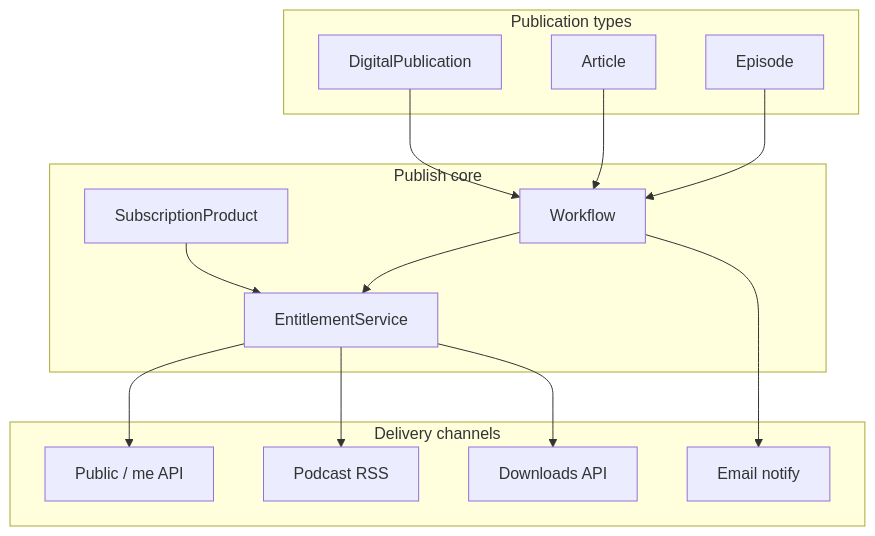
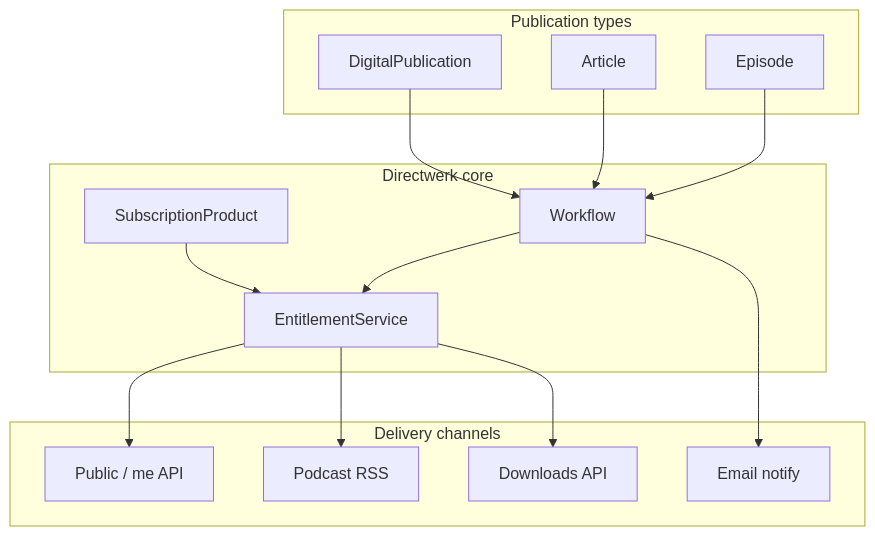
The fifth of 5 diagrams in docs/content-platform-strategy.md (LucaNerlich/directwerk), drawn with Mermaid before and after one commit. The commit also changed other lines of this file and 495 other files, not shown here.

Commit message:
rename publish to directwerk

````diff
--- a/docs/content-platform-strategy.md
+++ b/docs/content-platform-strategy.md
@@ -415,31 +415,31 @@
 ```mermaid
 flowchart TB
     subgraph content [Publication types]
         EP[Episode]
         AR[Article]
         DP[DigitalPublication]
     end
 
-    subgraph core [Publish core]
+    subgraph core [Directwerk core]
         WF[Workflow]
         ENT[EntitlementService]
         PROD[SubscriptionProduct]
     end
 
     subgraph delivery [Delivery channels]
         WEB[Public / me API]
         RSS[Podcast RSS]
         DL[Downloads API]
         EM[Email notify]
     end
 
     EP --> WF
     AR --> WF
     DP --> WF
     WF --> ENT
     PROD --> ENT
     ENT --> WEB
     ENT --> RSS
     ENT --> DL
     WF --> EM
 ```
````
